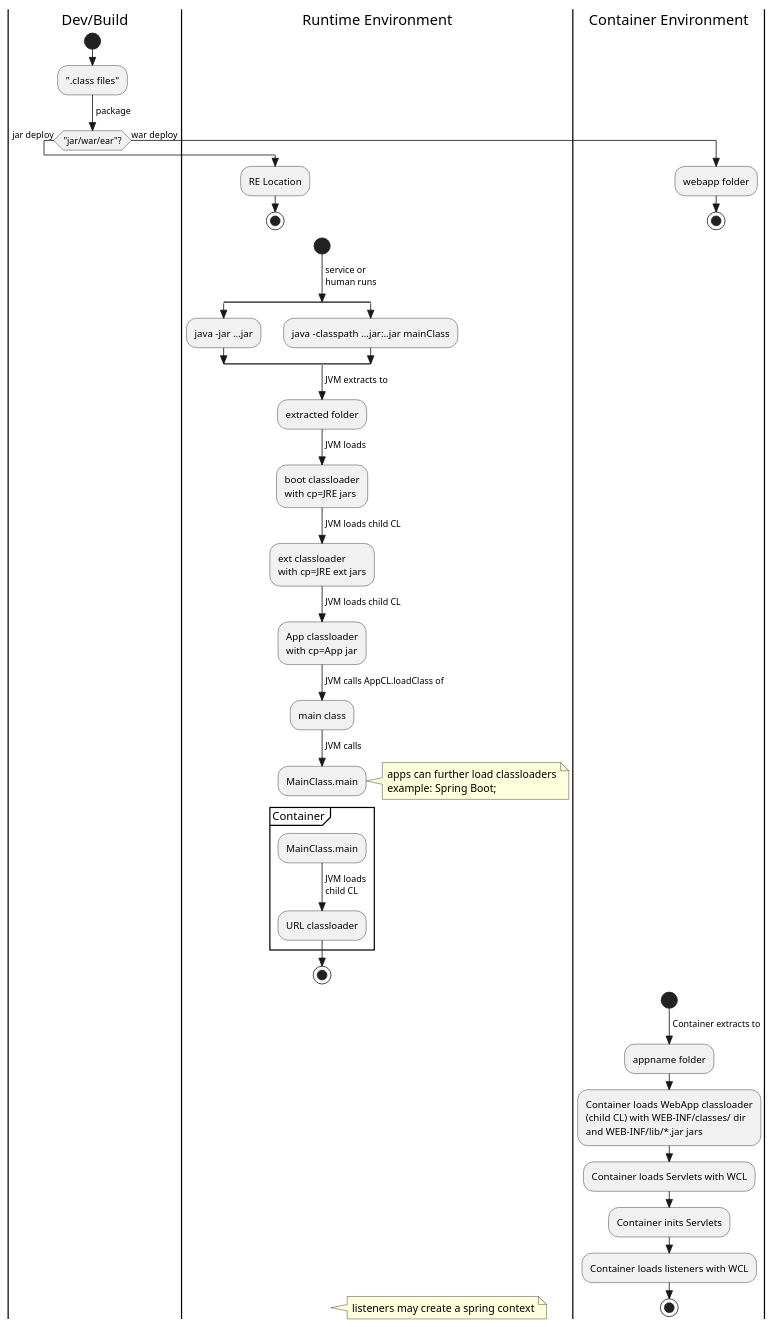
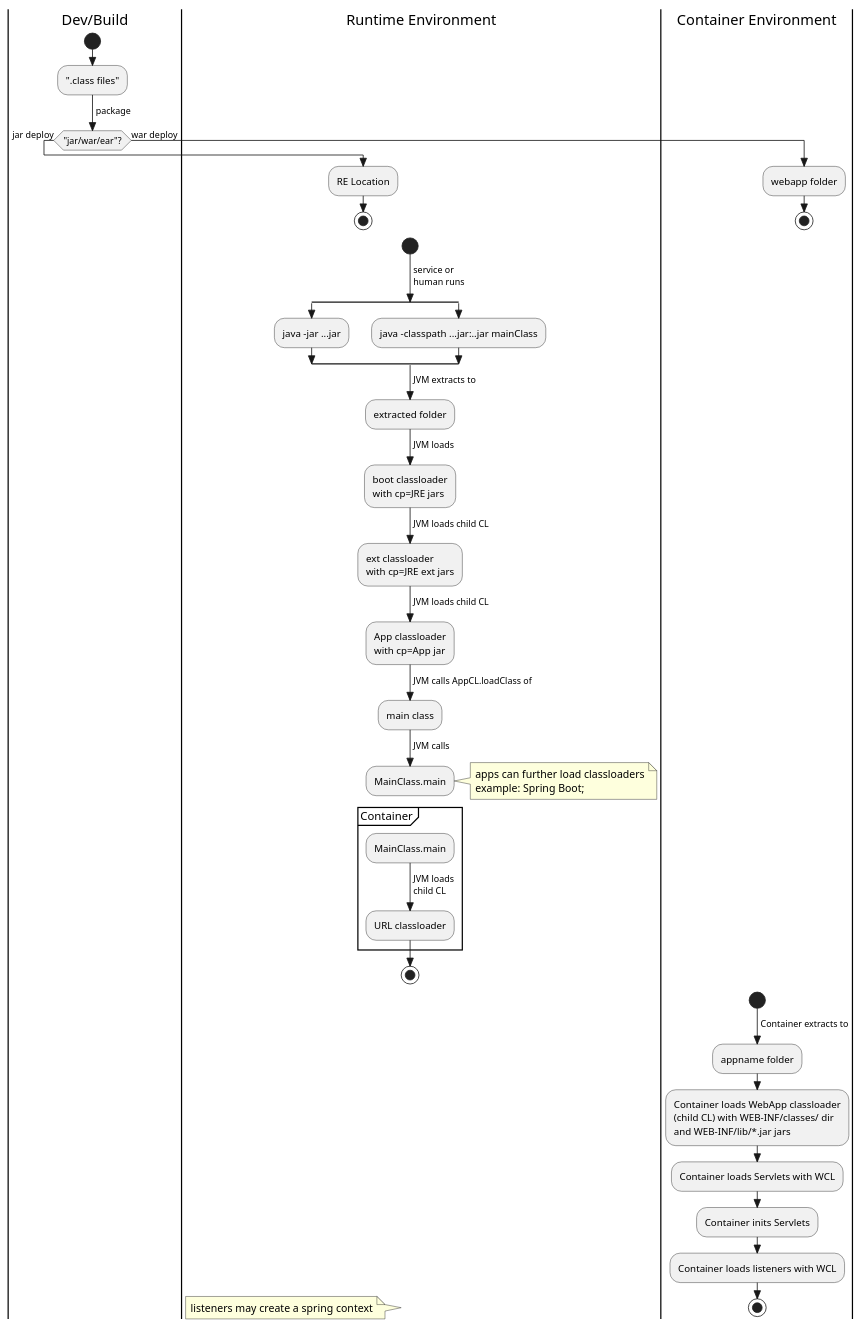
Before and after one commit to pchethan/diys: the diagram in diys/diagrams/bootstrapwithcl.plantuml, drawn with PlantUML. The commit also changed 1 other file, not shown here.

```diff
--- a/diys/diagrams/bootstrapwithcl.plantuml
+++ b/diys/diagrams/bootstrapwithcl.plantuml
@@ -1,78 +1,78 @@
 @startuml
 skinparam style strictuml
 skinparam defaultFontName Arial
 
 |Dev/Build|
 start
 :".class files";
 -> package;
 if ("jar/war/ear"?) equals (jar) then
 ->jar deploy;
 |Runtime Environment|
 :RE Location;
 stop
 else
 ->war deploy;
 |Container Environment|
 :webapp folder;
 stop
 endif
 
 
 |Runtime Environment|
 start
 -> service or 
 human runs;
 split
 :java -jar ...jar;
 split again
 :java -classpath ...jar:..jar mainClass;
 end split
 ->JVM extracts to;
 :extracted folder;
 ->JVM loads;
 :boot classloader
 with cp=JRE jars;
 ->JVM loads child CL;
 :ext classloader 
 with cp=JRE ext jars;
 ->JVM loads child CL;
 :App classloader
 with cp=App jar;
 ->JVM calls AppCL.loadClass of;
 :main class;
 ->JVM calls;
 :MainClass.main;
 note right
 apps can further load classloaders
 example: Spring Boot;
 end note
 -[hidden]->
 
 partition Container {
 :MainClass.main;
 -> JVM loads 
 child CL;
 :URL classloader;
 }
 stop
 
 |Container Environment|
 start
 ->Container extracts to;
 :appname folder;
 :Container loads WebApp classloader 
 (child CL) with WEB-INF/classes/ dir 
 and WEB-INF/lib/*.jar jars;
 :Container loads Servlets with WCL;
 :Container inits Servlets;
 :Container loads listeners with WCL;
 stop
 
 |Runtime Environment|
-note right
+note left
 listeners may create a spring context
 end note
 
 
 @enduml
```
